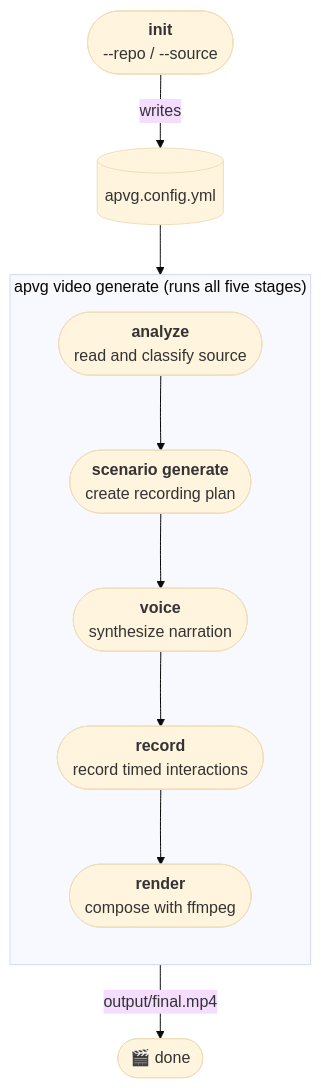
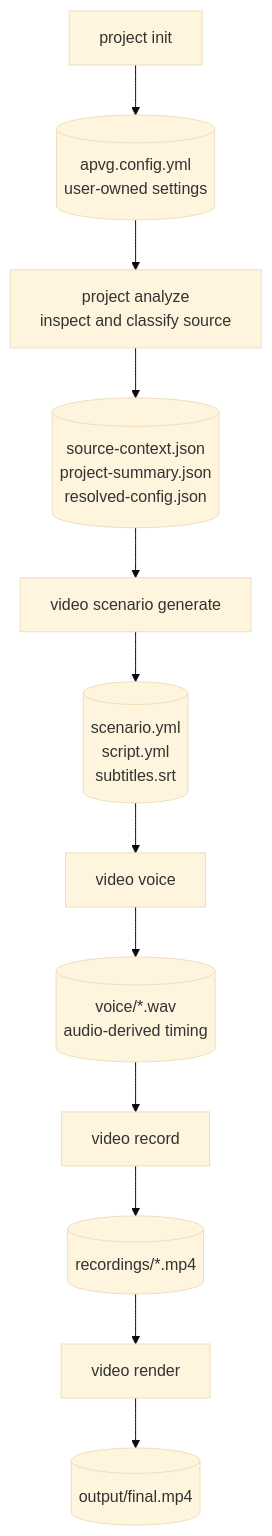
Before and after one commit to TakuKobayashi/auto-product-video-generator: the diagram in README.md, drawn with Mermaid (base theme). The commit also changed other lines of this file and 3 other files, not shown here.

````diff
--- a/README.md
+++ b/README.md
@@ -314,15 +55,14 @@
 ```mermaid
 flowchart TD
-    init(["<b>init</b><br/>--repo / --source"]) -->|writes| cfg[(apvg.config.yml)]
-    subgraph build["apvg video generate (runs all five stages)"]
-        direction TB
-        analyze(["<b>analyze</b><br/>read and classify source"])
-        scenario(["<b>scenario generate</b><br/>create recording plan"])
-        voice(["<b>voice</b><br/>synthesize narration"])
-        record(["<b>record</b><br/>record timed interactions"])
-        render(["<b>render</b><br/>compose with ffmpeg"])
-        analyze --> scenario --> voice --> record --> render
-    end
-    cfg --> analyze
-    render -->|output/final.mp4| done(["🎬 done"])
+    init["project init"] --> config[("apvg.config.yml<br/>user-owned settings")]
+    config --> analyze["project analyze<br/>inspect and classify source"]
+    analyze --> resolved[("source-context.json<br/>project-summary.json<br/>resolved-config.json")]
+    resolved --> scenario["video scenario generate"]
+    scenario --> script[("scenario.yml<br/>script.yml<br/>subtitles.srt")]
+    script --> voice["video voice"]
+    voice --> audio[("voice/*.wav<br/>audio-derived timing")]
+    audio --> record["video record"]
+    record --> recordings[("recordings/*.mp4")]
+    recordings --> render["video render"]
+    render --> final[("output/final.mp4")]
 ```
````
